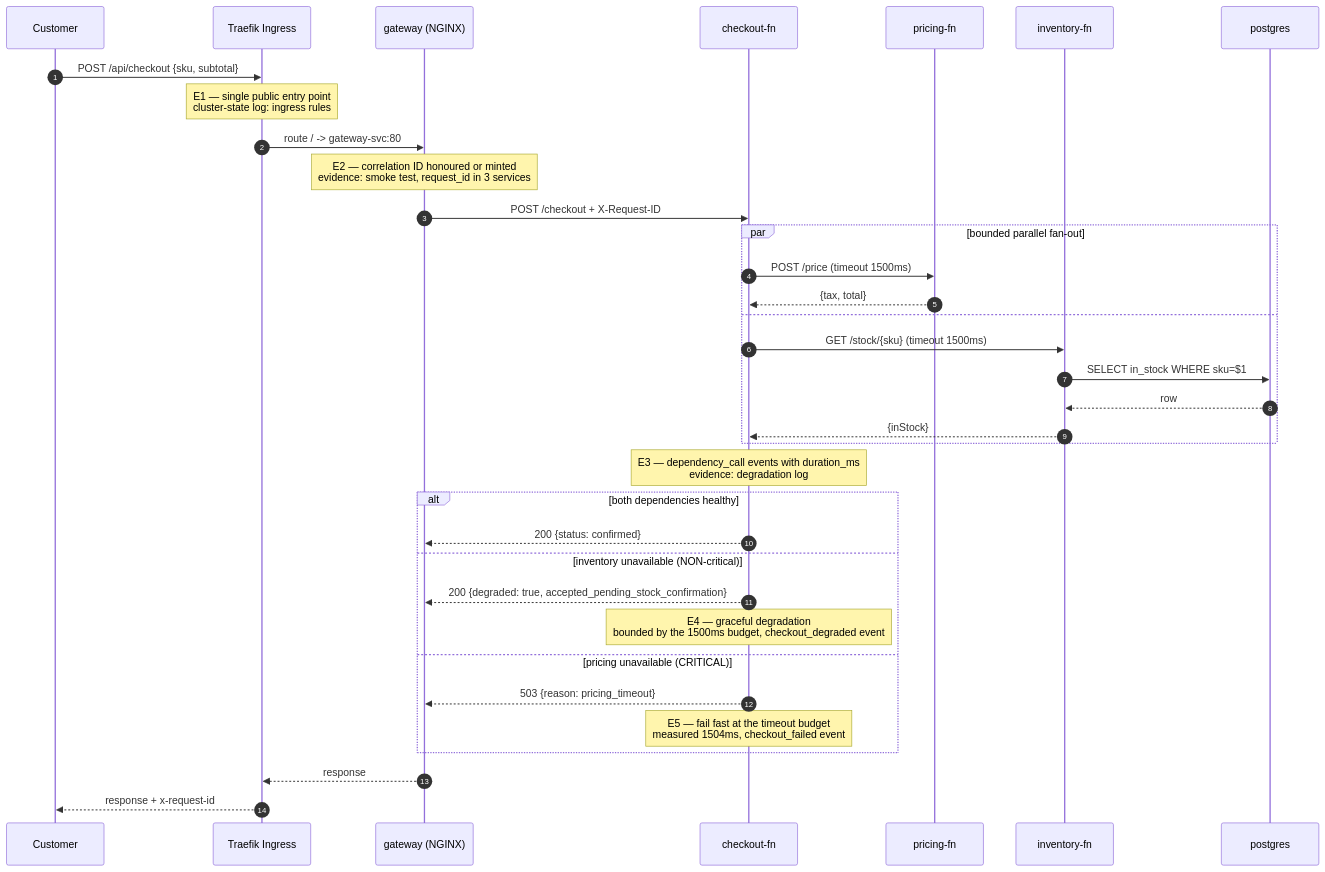
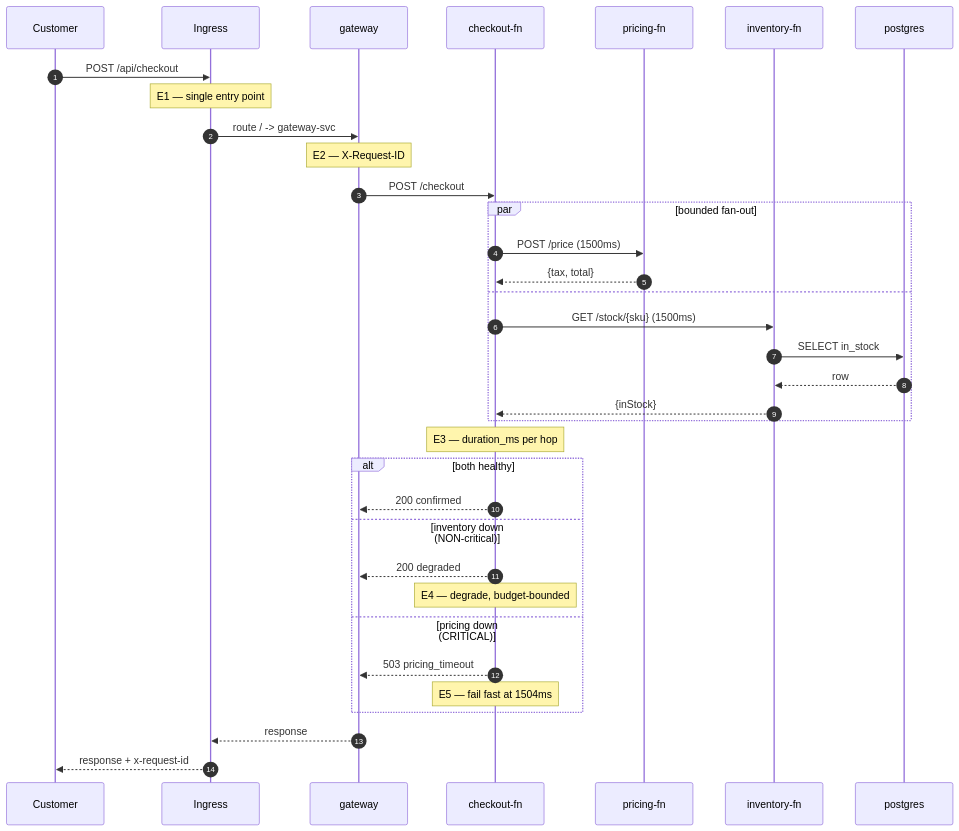
Before and after one commit to TravellerXi/entph6001-checkout-platform: the diagram in docs/diagram-2-request-flow.md, drawn with Mermaid. The commit also changed 7 other files, not shown here.

````diff
--- a/docs/diagram-2-request-flow.md
+++ b/docs/diagram-2-request-flow.md
@@ -3,41 +3,41 @@
 ```mermaid
 sequenceDiagram
     autonumber
     participant C as Customer
-    participant T as Traefik Ingress
-    participant G as gateway (NGINX)
+    participant T as Ingress
+    participant G as gateway
     participant K as checkout-fn
     participant P as pricing-fn
     participant I as inventory-fn
     participant D as postgres
 
-    C->>T: POST /api/checkout {sku, subtotal}
-    Note over T: E1 — single public entry point<br/>cluster-state log: ingress rules
-    T->>G: route / -> gateway-svc:80
-    Note over G: E2 — correlation ID honoured or minted<br/>evidence: smoke test, request_id in 3 services
-    G->>K: POST /checkout + X-Request-ID
+    C->>T: POST /api/checkout
+    Note over T: E1 — single entry point
+    T->>G: route / -> gateway-svc
+    Note over G: E2 — X-Request-ID
+    G->>K: POST /checkout
 
-    par bounded parallel fan-out
-        K->>P: POST /price (timeout 1500ms)
+    par bounded fan-out
+        K->>P: POST /price (1500ms)
         P-->>K: {tax, total}
     and
-        K->>I: GET /stock/{sku} (timeout 1500ms)
-        I->>D: SELECT in_stock WHERE sku=$1
+        K->>I: GET /stock/{sku} (1500ms)
+        I->>D: SELECT in_stock
         D-->>I: row
         I-->>K: {inStock}
     end
-    Note over K: E3 — dependency_call events with duration_ms<br/>evidence: degradation log
+    Note over K: E3 — duration_ms per hop
 
-    alt both dependencies healthy
-        K-->>G: 200 {status: confirmed}
-    else inventory unavailable (NON-critical)
-        K-->>G: 200 {degraded: true, accepted_pending_stock_confirmation}
-        Note over K: E4 — graceful degradation<br/>bounded by the 1500ms budget, checkout_degraded event
-    else pricing unavailable (CRITICAL)
-        K-->>G: 503 {reason: pricing_timeout}
-        Note over K: E5 — fail fast at the timeout budget<br/>measured 1504ms, checkout_failed event
+    alt both healthy
+        K-->>G: 200 confirmed
+    else inventory down (NON-critical)
+        K-->>G: 200 degraded
+        Note over K: E4 — degrade, budget-bounded
+    else pricing down (CRITICAL)
+        K-->>G: 503 pricing_timeout
+        Note over K: E5 — fail fast at 1504ms
     end
 
     G-->>T: response
     T-->>C: response + x-request-id
 ```
````
